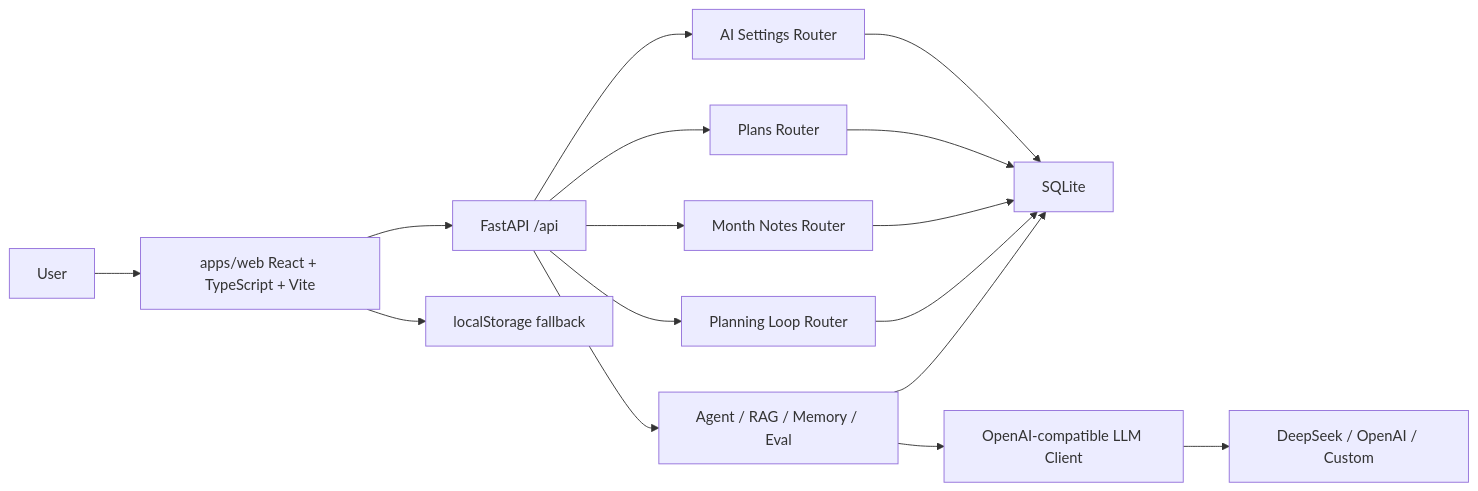
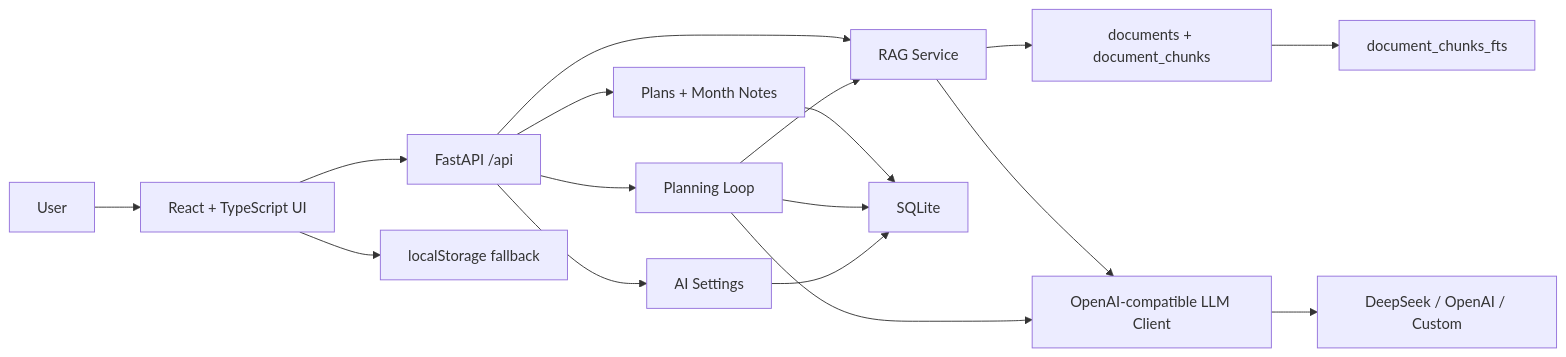
Before and after one commit to ab2956955606-cmyk/Planix: the diagram in README.md, drawn with Mermaid. The commit also changed other lines of this file and 15 other files, not shown here.

Commit message:
feat: add sqlite fts rag sources

````diff
--- a/README.md
+++ b/README.md
@@ -67,18 +67,19 @@
 ```mermaid
 flowchart LR
-  U["User"] --> FE["apps/web React + TypeScript + Vite"]
+  U["User"] --> FE["React + TypeScript UI"]
   FE --> API["FastAPI /api"]
   FE --> LS["localStorage fallback"]
-  API --> PLAN["Plans Router"]
-  API --> NOTE["Month Notes Router"]
-  API --> LOOP["Planning Loop Router"]
-  API --> SET["AI Settings Router"]
-  API --> AI["Agent / RAG / Memory / Eval"]
-  SET --> DB["SQLite"]
-  PLAN --> DB
-  NOTE --> DB
+  API --> PLAN["Plans + Month Notes"]
+  API --> LOOP["Planning Loop"]
+  API --> RAG["RAG Service"]
+  API --> SET["AI Settings"]
+  PLAN --> DB["SQLite"]
   LOOP --> DB
-  AI --> LLM["OpenAI-compatible LLM Client"]
+  SET --> DB
+  RAG --> DOC["documents + document_chunks"]
+  DOC --> FTS["document_chunks_fts"]
+  LOOP --> RAG
+  RAG --> LLM["OpenAI-compatible LLM Client"]
+  LOOP --> LLM
   LLM --> PROVIDER["DeepSeek / OpenAI / Custom"]
-  AI --> DB
 ```
````
